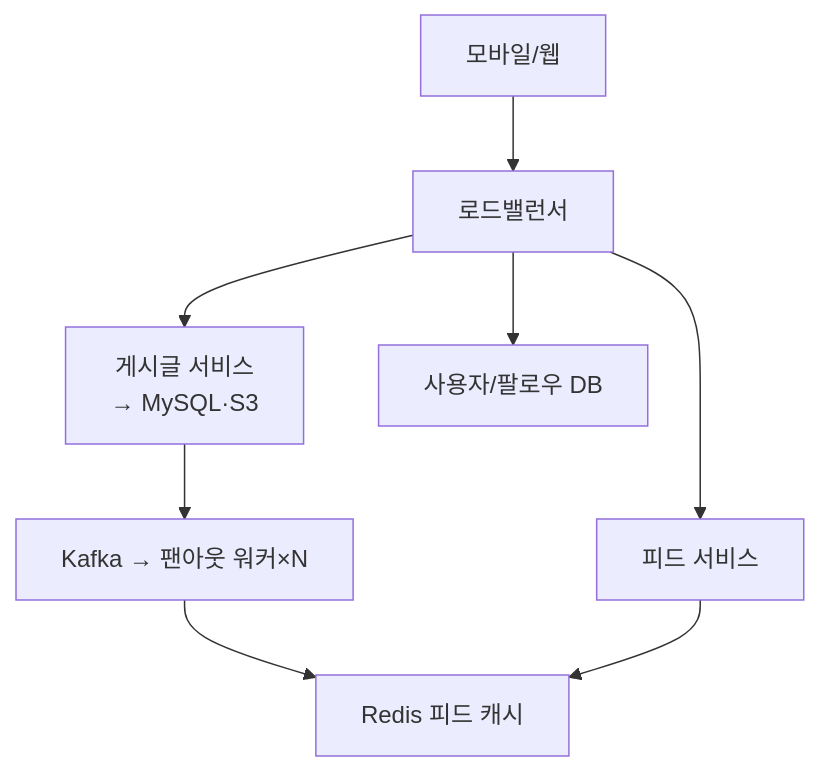
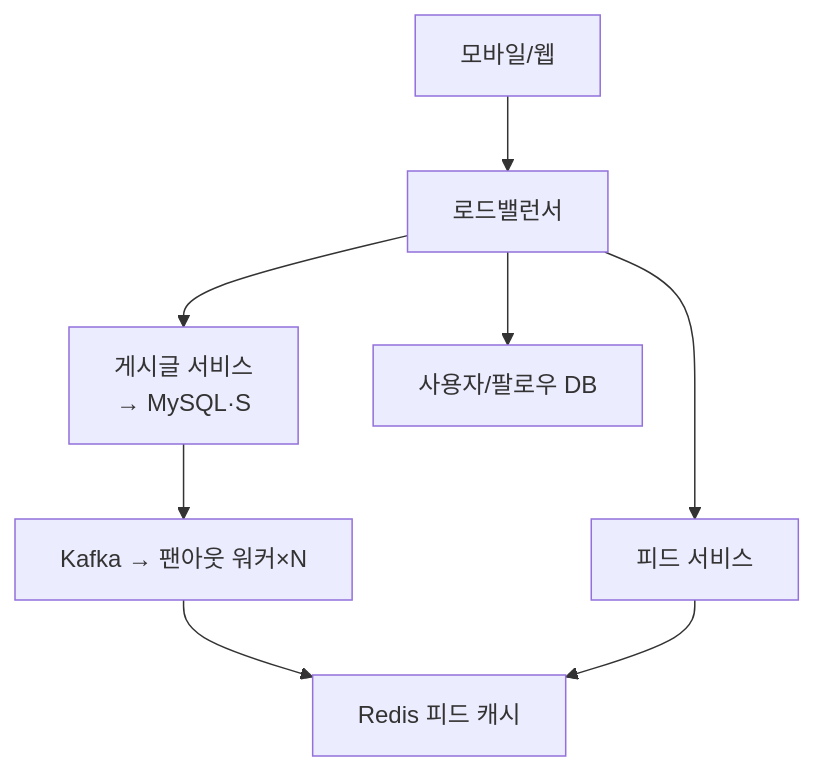
Before and after one commit to yjkim2015/yjkim2015.github.io: the fourth of 6 diagrams in _posts/systemdesign/2026-05-02-system-design-newsfeed.md, drawn with Mermaid. The commit also changed other lines of this file and 271 other files, not shown here.

First line of the commit message:
Mermaid 라벨 축소: 긴 노드 텍스트 18자 이하로 트림 + \n 제거

````diff
--- a/_posts/systemdesign/2026-05-02-system-design-newsfeed.md
+++ b/_posts/systemdesign/2026-05-02-system-design-newsfeed.md
@@ -109,10 +109,10 @@
 ```mermaid
 graph TD
     Client["모바일/웹"] --> LB["로드밸런서"]
-    LB --> PostSvc["게시글 서비스\n→ MySQL·S3"]
+    LB --> PostSvc["게시글 서비스\n→ MySQL·S"]
     LB --> FeedSvc["피드 서비스"]
     LB --> UserSvc["사용자/팔로우 DB"]
     PostSvc --> Kafka["Kafka → 팬아웃 워커×N"]
     Kafka --> FeedCache["Redis 피드 캐시"]
     FeedSvc --> FeedCache
 ```
````
